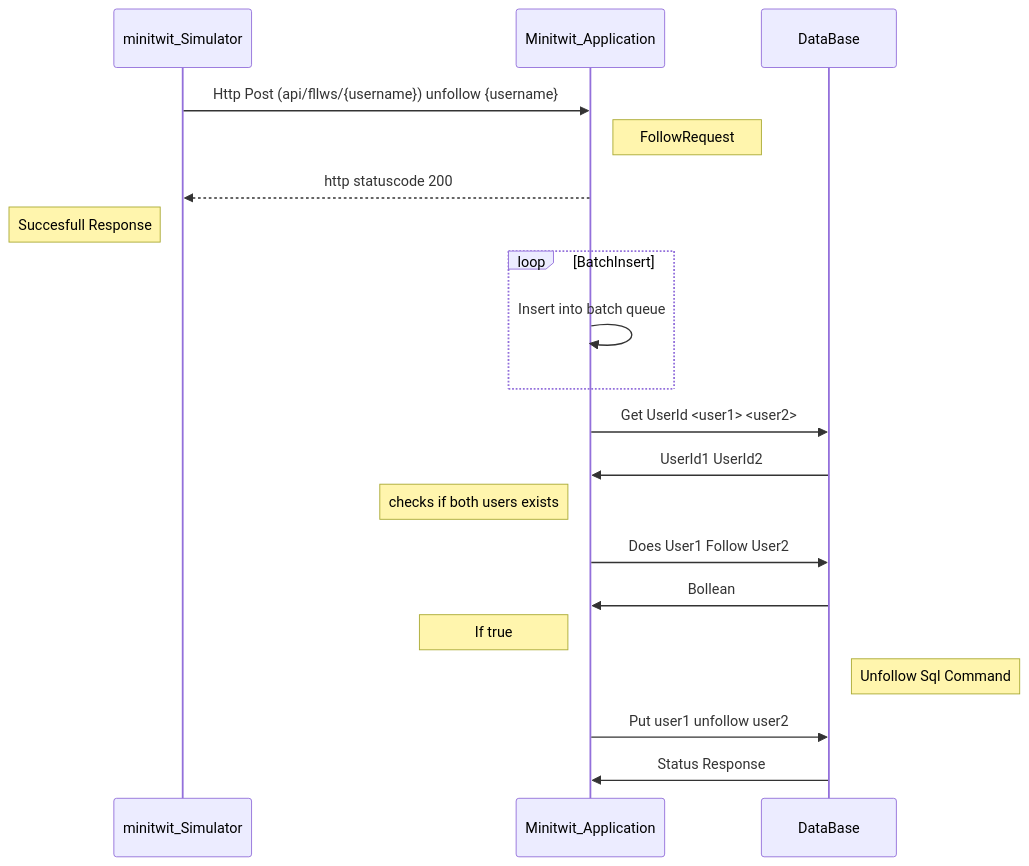
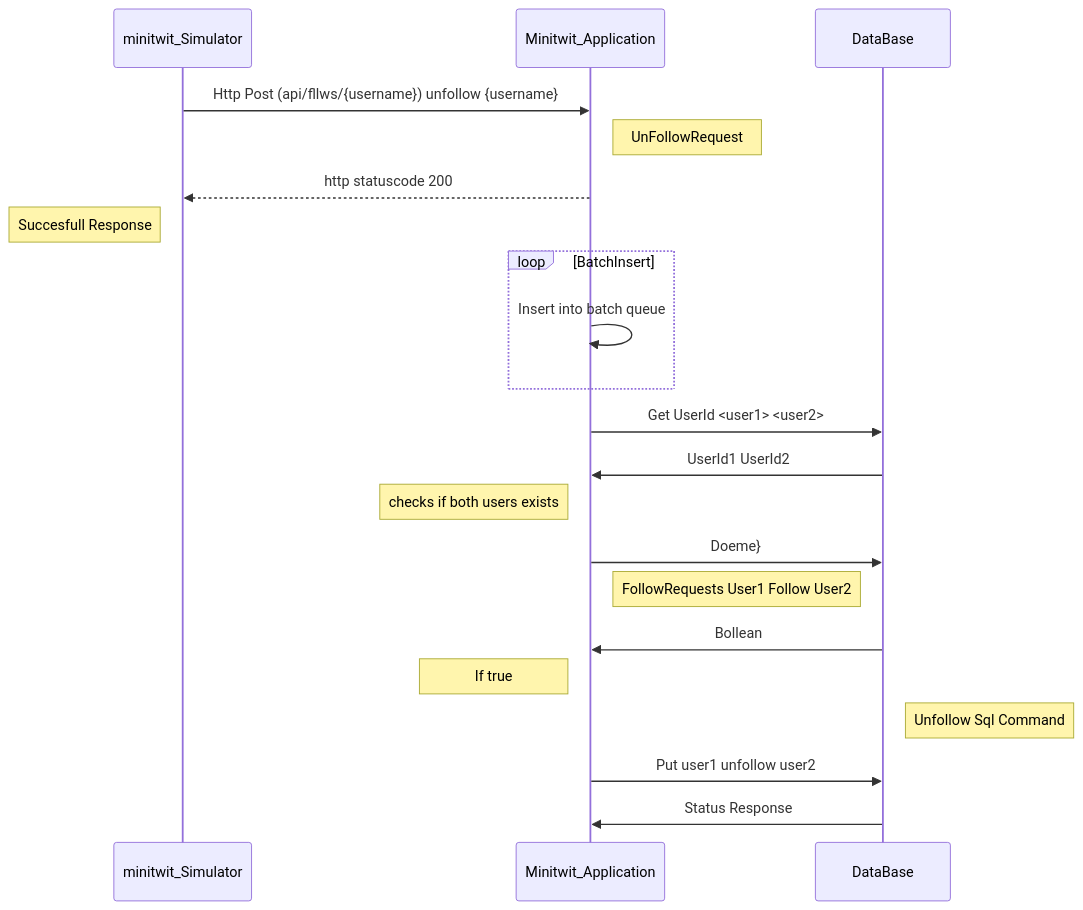
Before and after one commit to Docker-Daze/itu-minitwit: the first of 2 diagrams in report/report.md, drawn with Mermaid. The commit also changed other lines of this file, not shown here.

Commit message:
added sequence diagram for user unfollow request

````diff
--- a/report/report.md
+++ b/report/report.md
@@ -260,22 +262,23 @@
 ```mermaid
 sequenceDiagram
     participant minitwit_Simulator
     participant Minitwit_Application
     participant DataBase
     minitwit_Simulator->>Minitwit_Application: Http Post (api/fllws/{username}) unfollow {username}
-    Note right of Minitwit_Application: FollowRequest
+    Note right of Minitwit_Application: UnFollowRequest
     Minitwit_Application-->>minitwit_Simulator: http statuscode 200
     Note left of minitwit_Simulator: Succesfull Response
     loop BatchInsert
     Minitwit_Application->>Minitwit_Application: Insert into batch queue
     end
     Minitwit_Application->>DataBase: Get UserId <user1> <user2>
     DataBase->>Minitwit_Application: UserId1 UserId2
     Note left of Minitwit_Application: checks if both users exists
-    Minitwit_Application->>DataBase: Does User1 Follow User2
+    Minitwit_Application->>DataBase: Doeme}
+    Note right of Minitwit_Application: FollowRequests User1 Follow User2
     DataBase->>Minitwit_Application: Bollean
     Note left of Minitwit_Application: If true
     Note right of DataBase: Unfollow Sql Command
     Minitwit_Application->>DataBase: Put user1 unfollow user2
     DataBase->>Minitwit_Application: Status Response 
 ```
````
